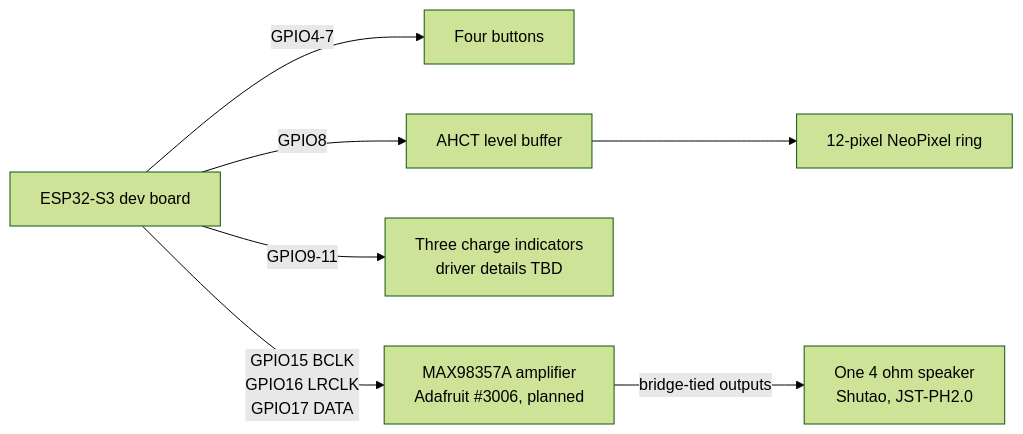
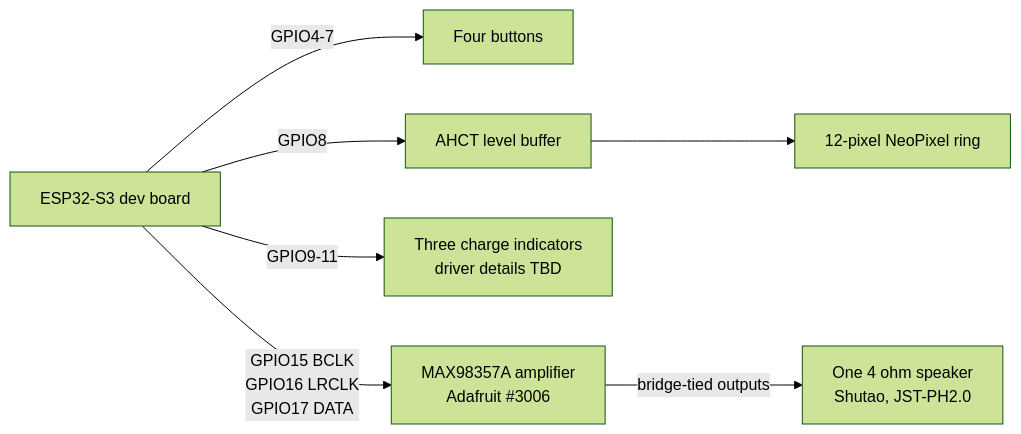
Before and after one commit to ciroque/portal-gun-firmware: the diagram in docs/hardware-connections.md, drawn with Mermaid (forest theme). The commit also changed other lines of this file and 18 other files, not shown here.

Commit message:
docs: generate KiCad subsystem schematics

````diff
--- a/docs/hardware-connections.md
+++ b/docs/hardware-connections.md
@@ -17,17 +11,17 @@
 ```mermaid
 flowchart LR
     ESP[ESP32-S3 dev board]
     BTN[Four buttons]
     AHCT[AHCT level buffer]
     RING[12-pixel NeoPixel ring]
     CLED[Three charge indicators<br/>driver details TBD]
-    AMP[MAX98357A amplifier<br/>Adafruit #3006, planned]
+    AMP[MAX98357A amplifier<br/>Adafruit #3006]
     SPKR[One 4 ohm speaker<br/>Shutao, JST-PH2.0]
 
     ESP -- GPIO4-7 --> BTN
     ESP -- GPIO8 --> AHCT
     AHCT --> RING
     ESP -- GPIO9-11 --> CLED
     ESP -- GPIO15 BCLK<br/>GPIO16 LRCLK<br/>GPIO17 DATA --> AMP
     AMP -- bridge-tied outputs --> SPKR
 ```
````
